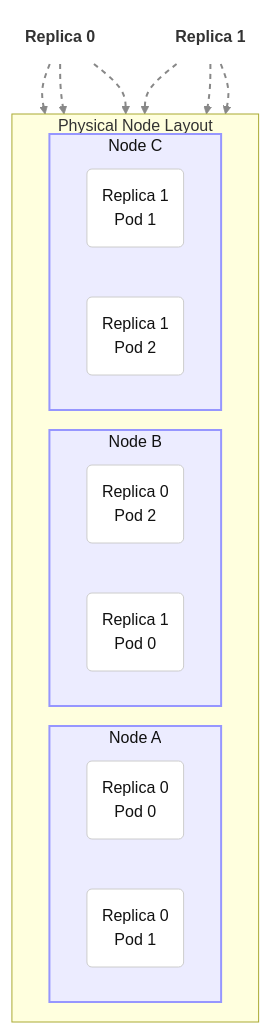
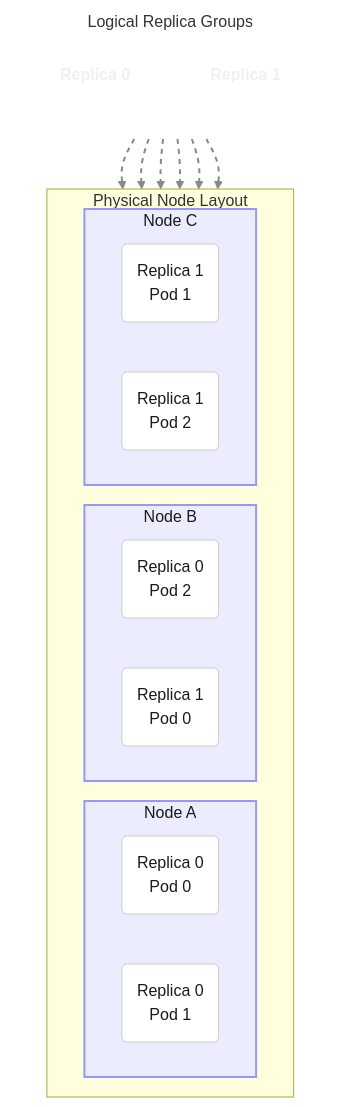
Before and after one commit to kubernetes/enhancements: the first of 2 diagrams in keps/sig-apps/draft-20251010-multipod-pdb/README.md, drawn with Mermaid.

````diff
--- a/keps/sig-apps/draft-20251010-multipod-pdb/README.md
+++ b/keps/sig-apps/draft-20251010-multipod-pdb/README.md
@@ -193,47 +193,51 @@
 ```mermaid
 graph TD
     %% Define Styles for Setup Diagram
-    classDef node_box fill:#ececff,stroke:#9696ff,stroke-width:2px,color:#111
-    classDef pod_box fill:#fff,stroke:#ccc,color:#111
-    classDef replica_label fill:none,stroke:none,font-weight:bold
+    classDef node_box fill:#ececff,stroke:#9696ff,stroke-width:2px,color:#1a1a1a
+    classDef pod_box fill:#fff,stroke:#ccc,color:#1a1a1a
+    classDef replica_label fill:none,stroke:none,font-weight:bold,color:#f0f0f0
 
     subgraph "Physical Node Layout"
         direction LR
 
         subgraph NodeA ["Node A"]
             R0P0("Replica 0<br/>Pod 0")
             R0P1("Replica 0<br/>Pod 1")
         end
         class NodeA node_box
 
         subgraph NodeB ["Node B"]
             R0P2("Replica 0<br/>Pod 2")
             R1P0("Replica 1<br/>Pod 0")
         end
         class NodeB node_box
 
         subgraph NodeC ["Node C"]
             R1P1("Replica 1<br/>Pod 1")
             R1P2("Replica 1<br/>Pod 2")
         end
         class NodeC node_box
 
         class R0P0,R0P1,R0P2,R1P0,R1P1,R1P2 pod_box
     end
     
-    %% Logical Groupings (defined at top level)
-    R0("Replica 0")
-    R1("Replica 1")
-    class R0,R1 replica_label
+    %% Logical Groupings (shown with links)
+    subgraph LogicalGrouping ["Logical Replica Groups"]
+        direction TB
+        style LogicalGrouping fill:none,stroke:none
+        R0("Replica 0")
+        R1("Replica 1")
+        class R0,R1 replica_label
+    end
     
     R0 -.-> R0P0
     R0 -.-> R0P1
     R0 -.-> R0P2
     
     R1 -.-> R1P0
     R1 -.-> R1P1
     R1 -.-> R1P2
 
     %% Style all links (0 to 5)
     linkStyle 0,1,2,3,4,5 stroke:#888,stroke-dasharray: 5 5,stroke-width:2px
 ```
````
